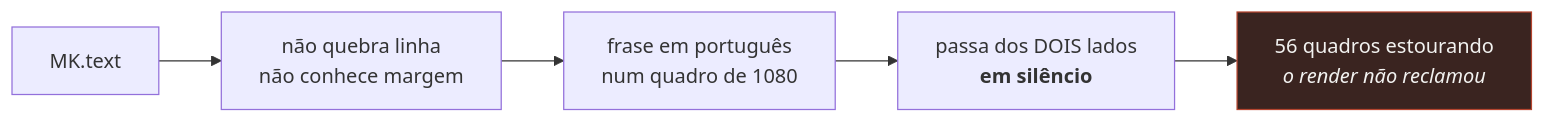
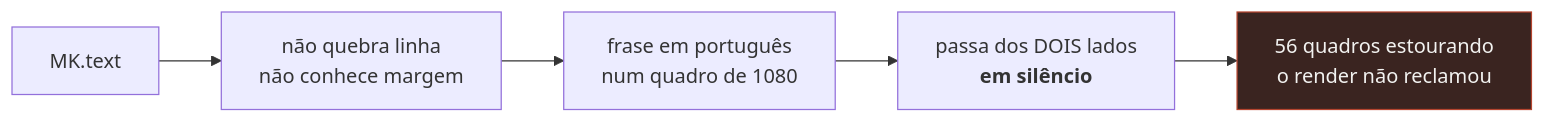
Before and after one commit to claudiogpt/motor-de-canal: the fourth of 4 diagrams in docs/04-historias-animadas.md, drawn with Mermaid. The commit also changed other lines of this file and 5 other files, not shown here.

````diff
--- a/docs/04-historias-animadas.md
+++ b/docs/04-historias-animadas.md
@@ -76,8 +76,8 @@
 ```mermaid
 flowchart LR
     A["MK.text"] --> B["não quebra linha<br/>não conhece margem"]
     B --> C["frase em português<br/>num quadro de 1080"]
     C --> D["passa dos DOIS lados<br/><b>em silêncio</b>"]
-    D --> E["56 quadros estourando<br/><i>o render não reclamou</i>"]
+    D --> E["56 quadros estourando<br/>o render não reclamou"]
     style E fill:#3a2420,stroke:#B5452F,color:#F2F2F0
 ```
````
